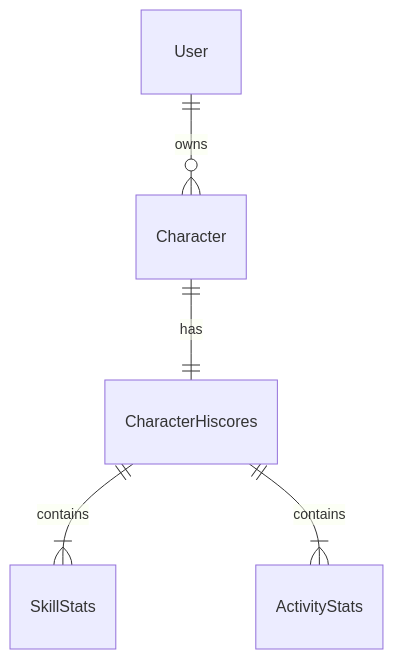
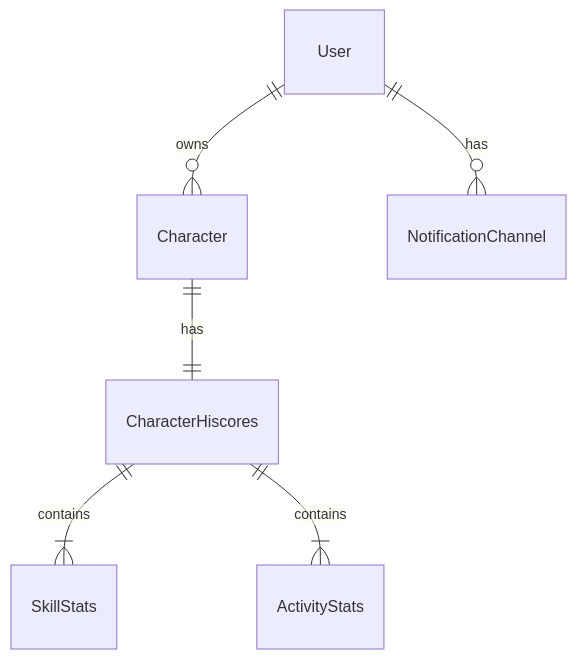
Before and after one commit to osrsGoalsTracker/service: the diagram in docs/MODELS.md, drawn with Mermaid. The commit also changed other lines of this file and 17 other files, not shown here.

````diff
--- a/docs/MODELS.md
+++ b/docs/MODELS.md
@@ -163,7 +224,8 @@
 ```mermaid
 erDiagram
     User ||--o{ Character : "owns"
+    User ||--o{ NotificationChannel : "has"
     Character ||--|| CharacterHiscores : "has"
     CharacterHiscores ||--|{ SkillStats : "contains"
     CharacterHiscores ||--|{ ActivityStats : "contains"
 ```
````
